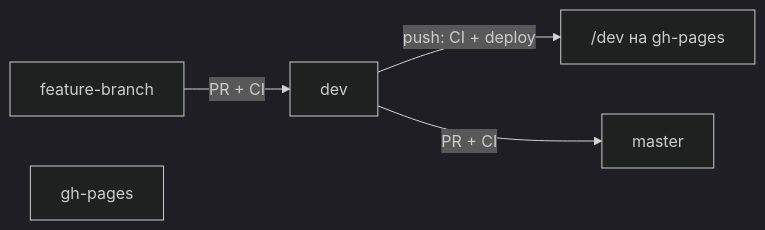
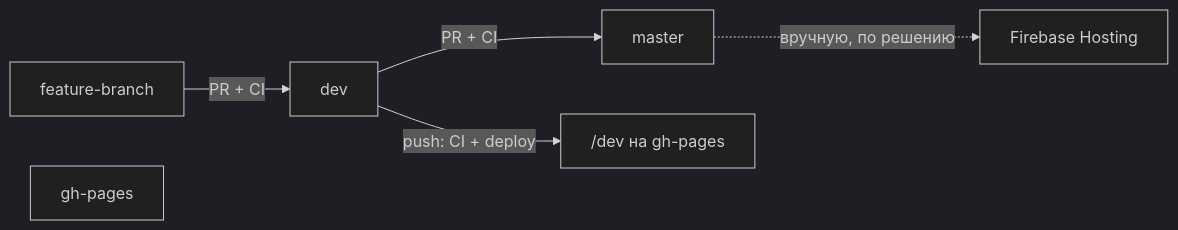
The diagram in Bible.md (wrincied/tutor-app), drawn with Mermaid (dark theme) before and after one commit. The commit also changed other lines of this file and 91 other files, not shown here.

First line of the commit message:
Add Workspace with vacation timeline, branded flatpickr dates, and Account UX polish.

````diff
--- a/Bible.md
+++ b/Bible.md
@@ -27,11 +46,13 @@
 ```mermaid
 flowchart LR
   Feature[feature-branch]
   Dev[dev]
   Master[master]
   GhPages[gh-pages]
+  Hosting[Firebase Hosting]
 
   Feature -->|PR + CI| Dev
   Dev -->|push: CI + deploy| GhPagesDev["/dev на gh-pages"]
   Dev -->|PR + CI| Master
+  Master -.->|вручную, по решению| Hosting
 ```
````
